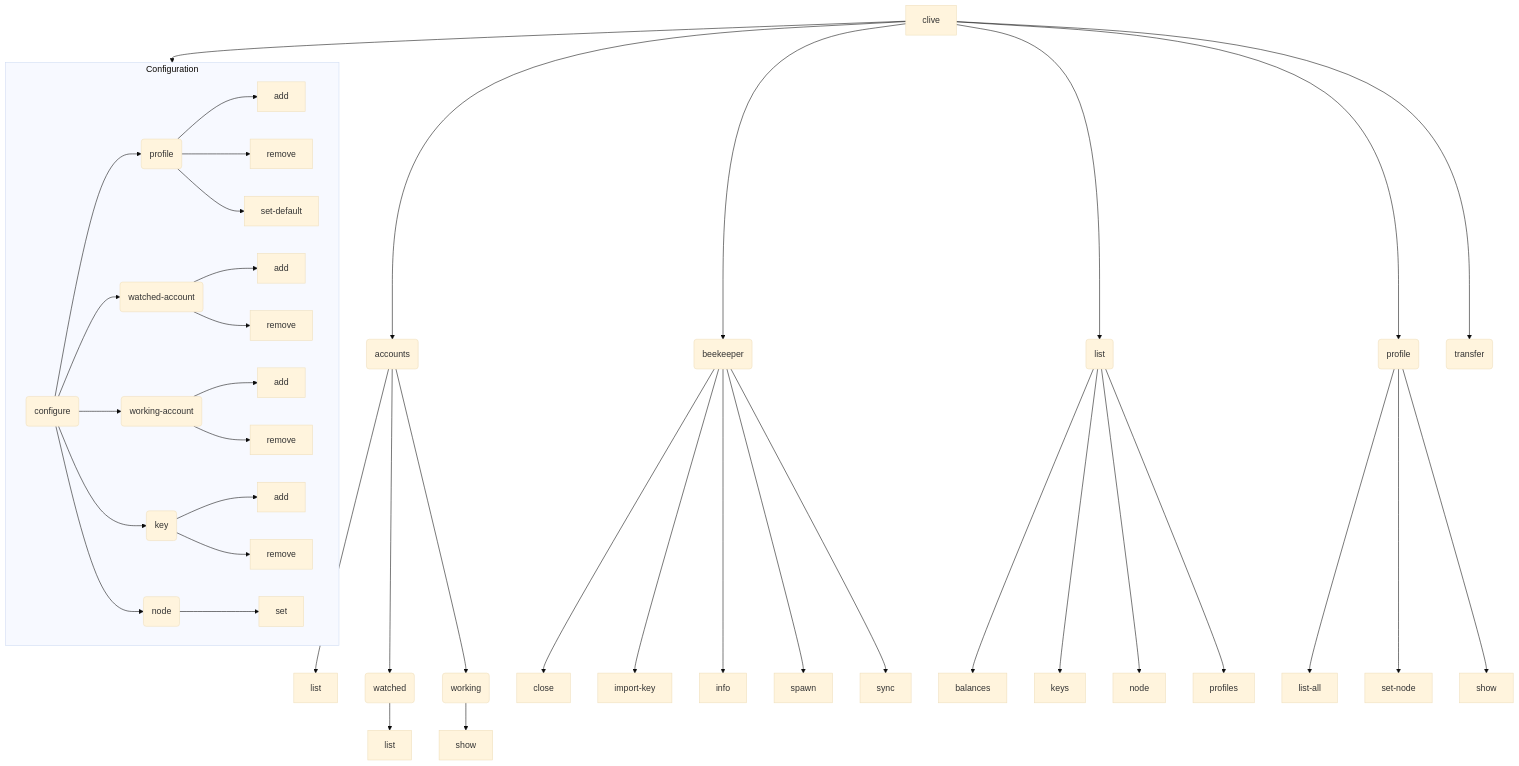
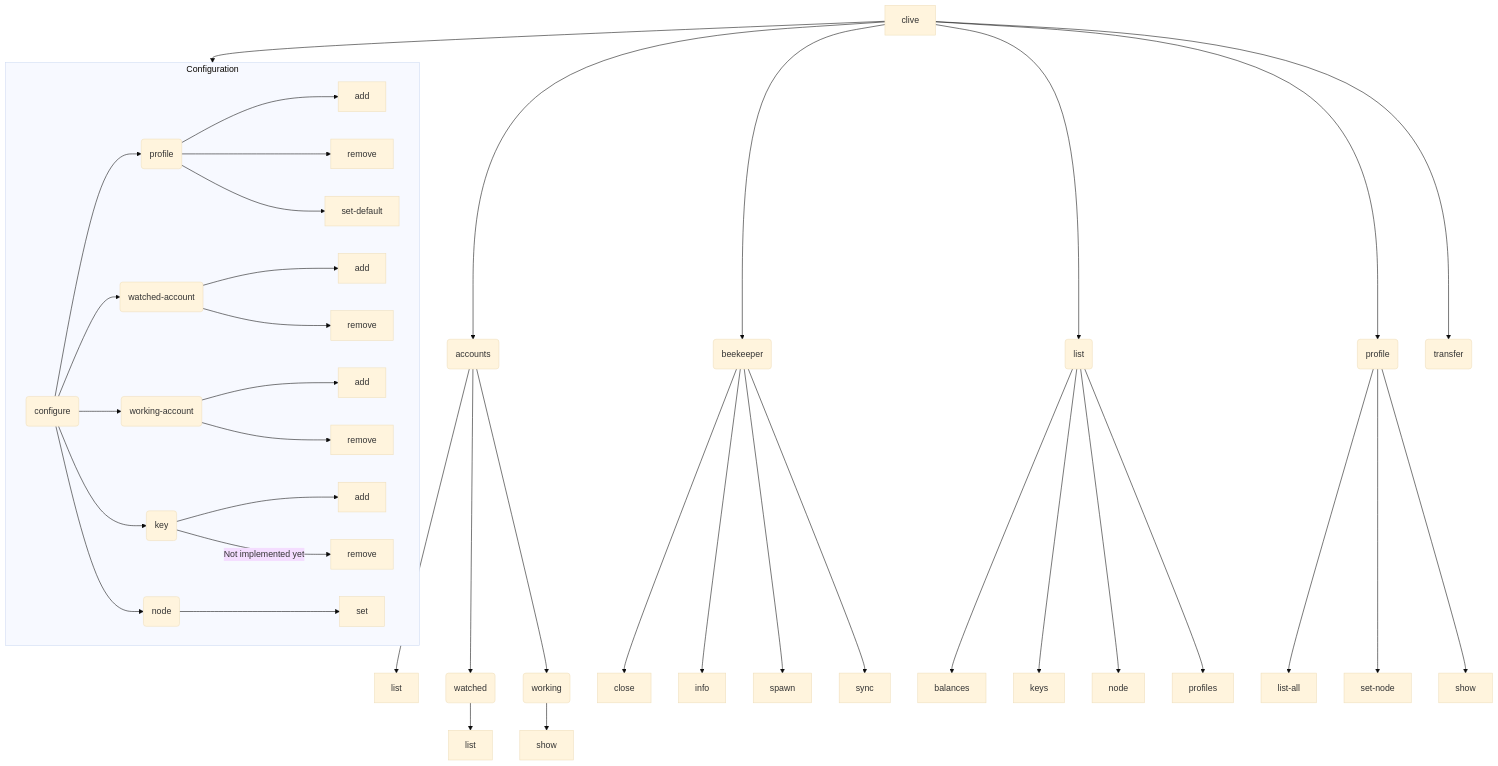
The diagram in clive/__private/cli/commands_structure.md (openhive-network/clive), drawn with Mermaid (base theme) before and after one commit. The commit also changed 5 other files, not shown here.

````diff
--- a/clive/__private/cli/commands_structure.md
+++ b/clive/__private/cli/commands_structure.md
@@ -16,49 +16,48 @@
 ```mermaid
 flowchart TD
     Clive[clive] --> Configuration
 
     subgraph Configuration
         Configure(configure) --> ConfigureProfile(profile)
         ConfigureProfile --> CreateProfile[add]
         ConfigureProfile --> DeleteProfile[remove]
         ConfigureProfile --> SetDefaultProfile[set-default]
 
         Configure --> ConfigureWatchedAccount(watched-account)
         ConfigureWatchedAccount --> AddWatchedAccount[add]
         ConfigureWatchedAccount --> RemoveWatchedAccount[remove]
 
         Configure --> ConfigureWorkingAccount(working-account)
         ConfigureWorkingAccount --> AddWorkingAccount[add]
         ConfigureWorkingAccount --> RemoveWorkingAccount[remove]
 
         Configure --> ConfigureKey(key)
         ConfigureKey --> AddKey[add]
-        ConfigureKey --> RemoveKey[remove]
+        ConfigureKey -->|"Not implemented yet"| RemoveKey[remove]
 
         Configure --> ConfigureNode(node)
         ConfigureNode --> SetNode[set]
     end
 
     Clive[clive] --> Accounts(accounts)
     Accounts --> AccountsList[list]
     Accounts --> AccountsWatched(watched)
     Accounts --> AccountsWorking(working)
     AccountsWatched --> AccountsWatchedList[list]
     AccountsWorking --> AccountsWorkingShow[show]
     Clive --> Beekeeper(beekeeper)
     Beekeeper --> BeekeeperClose[close]
-    Beekeeper --> BeekeeperImportKey[import-key]
     Beekeeper --> BeekeeperInfo[info]
     Beekeeper --> BeekeeperSpawn[spawn]
     Beekeeper --> BeekeeperSync[sync]
     Clive --> List(list)
     List --> ListBalances[balances]
     List --> ListKeys[keys]
     List --> ListNode[node]
     List --> ListProfiles[profiles]
     Clive --> Profile(profile)
     Profile --> ProfileListAll[list-all]
     Profile --> ProfileSetNode[set-node]
     Profile --> ProfileShow[show]
     Clive --> Transfer(transfer)
 ```
````
